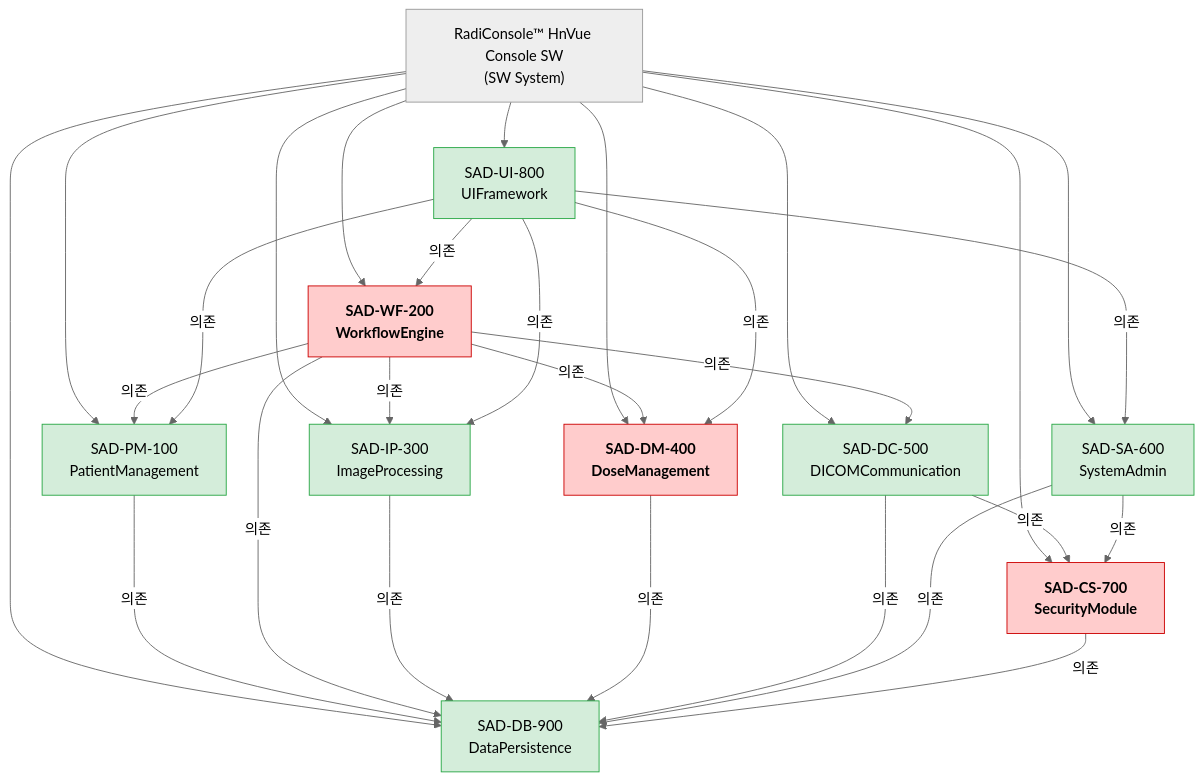
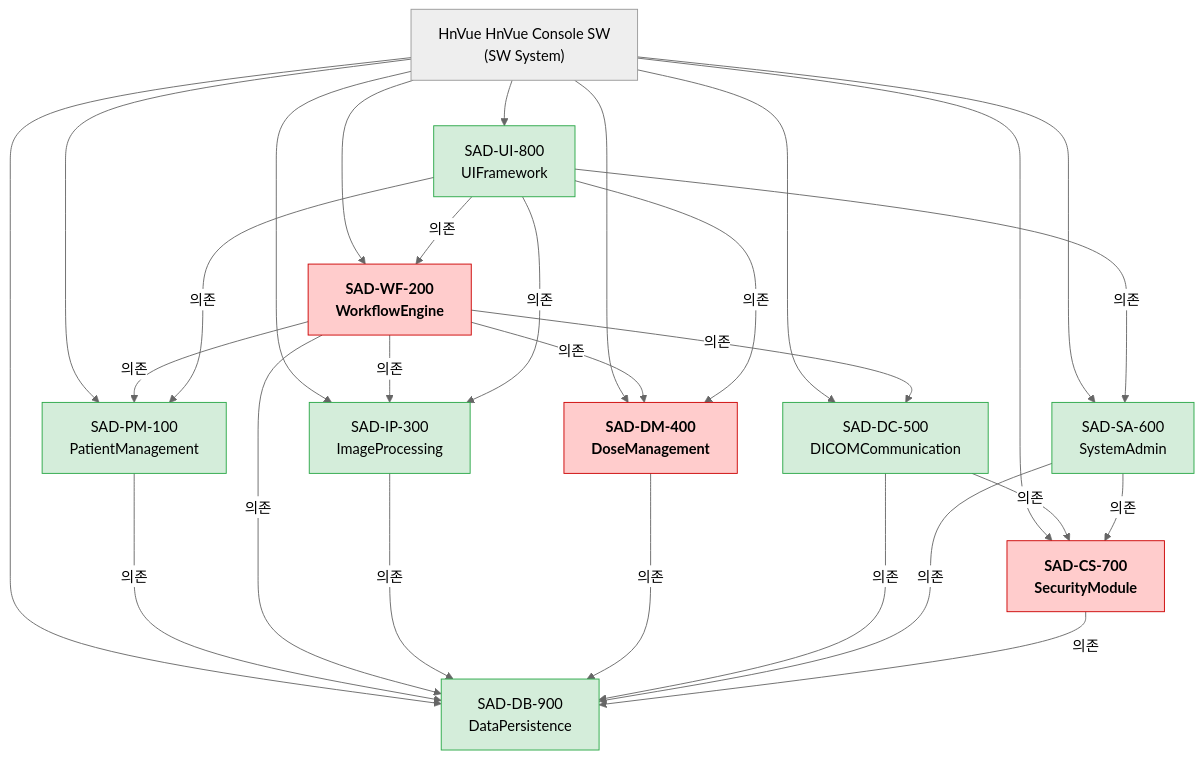
Before and after one commit to holee9/console-gui: the sixth of 14 diagrams in docs/planning/DOC-006_SAD_v1.0.md, drawn with Mermaid (neutral theme). The commit also changed other lines of this file and 34 other files, not shown here.

First line of the commit message:
fix: RadiConsole → HnVue 전체 일괄 변경 (35개 파일, 300건+)

````diff
--- a/docs/planning/DOC-006_SAD_v1.0.md
+++ b/docs/planning/DOC-006_SAD_v1.0.md
@@ -384,27 +384,27 @@
 ```mermaid
 graph TD
-    ROOT["RadiConsole™ HnVue Console SW<br/>(SW System)"]
+    ROOT["HnVue HnVue Console SW<br/>(SW System)"]
     ROOT --> PM["SAD-PM-100<br/>PatientManagement"]
     ROOT --> WF["SAD-WF-200<br/>WorkflowEngine"]
     ROOT --> IP["SAD-IP-300<br/>ImageProcessing"]
     ROOT --> DM["SAD-DM-400<br/>DoseManagement"]
     ROOT --> DC["SAD-DC-500<br/>DICOMCommunication"]
     ROOT --> SA["SAD-SA-600<br/>SystemAdmin"]
     ROOT --> CS["SAD-CS-700<br/>SecurityModule"]
     ROOT --> UI["SAD-UI-800<br/>UIFramework"]
     ROOT --> DB["SAD-DB-900<br/>DataPersistence"]
 
     PM -->|의존| DB
     WF -->|의존| PM & IP & DM & DC & DB
     IP -->|의존| DB
     DM -->|의존| DB
     DC -->|의존| DB & CS
     SA -->|의존| DB & CS
     CS -->|의존| DB
     UI -->|의존| PM & WF & IP & DM & SA
 
     classDef safety fill:#ffcccc,stroke:#cc0000,font-weight:bold
     classDef normal fill:#d4edda,stroke:#28a745
     class WF,DM,CS safety
     class PM,IP,DC,SA,UI,DB normal
 ```
````
